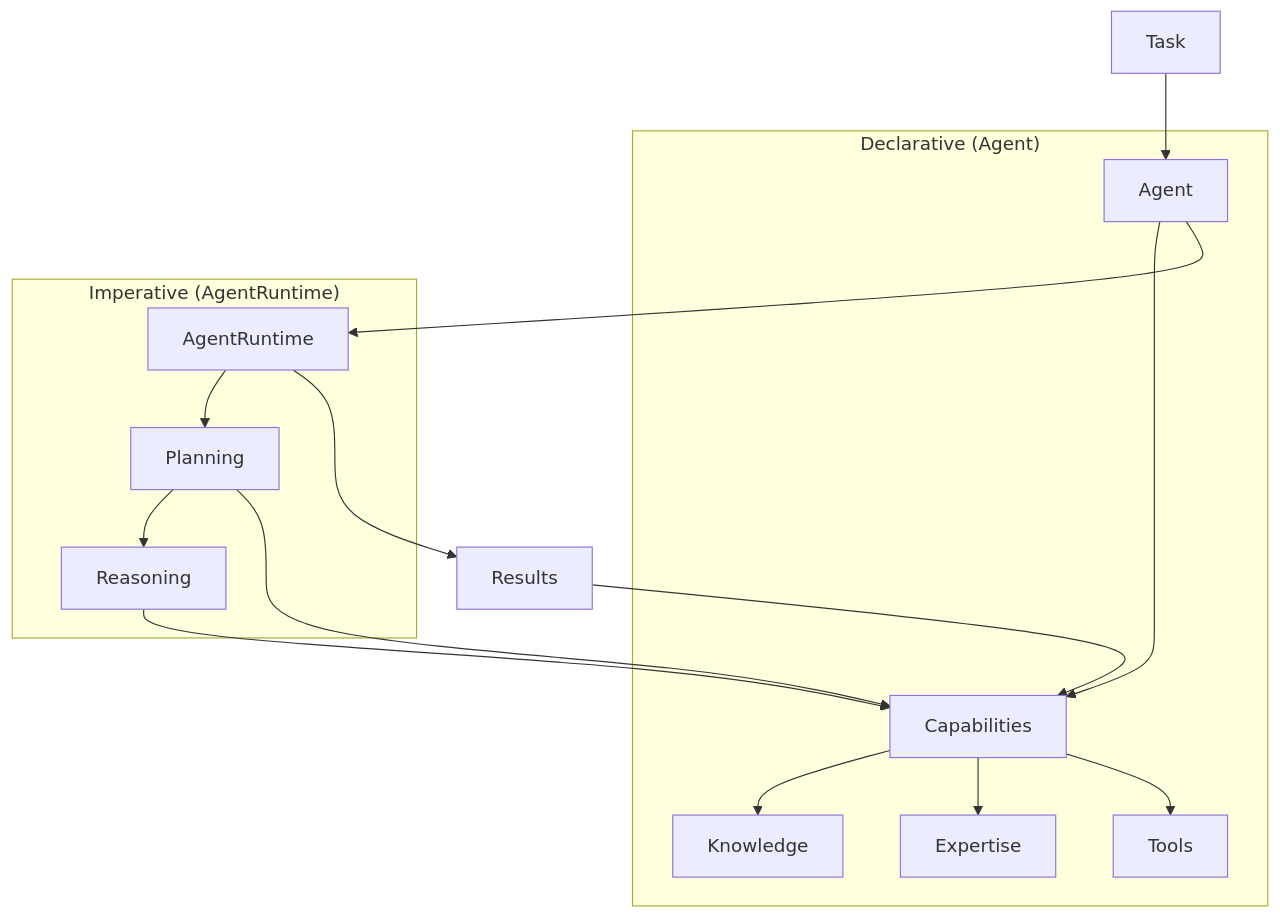
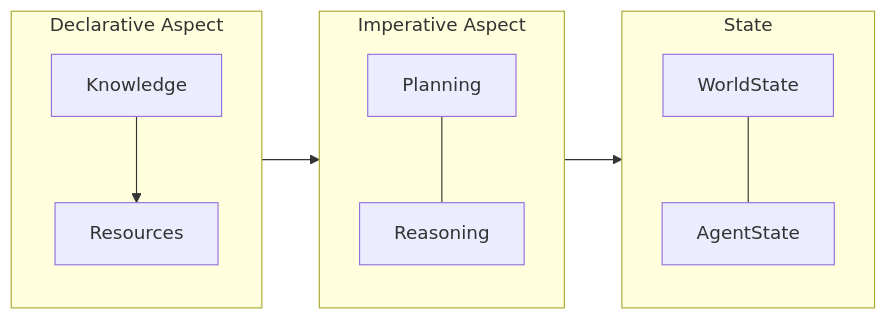
One commit to aitomatic/dana changed the first of 9 diagrams in opendxa/README.md. Above: the diagram before and after it, drawn with Mermaid. The commit also changed other lines of this file and 26 other files, not shown here.

First line of the commit message:
Refactor OpenDXA architecture and enhance documentation

````diff
--- a/opendxa/README.md
+++ b/opendxa/README.md
@@ -26,21 +31,23 @@
 ```mermaid
-graph TB
-    subgraph "Declarative (Agent)"
-        A[Agent] --> C[Capabilities]
-        C --> K[Knowledge]
-        C --> E[Expertise]
-        C --> T[Tools]
+graph LR
+    subgraph DA["Declarative Aspect"]
+        K[Knowledge]
+        R[Resources]
+        K --> R
     end
 
-    subgraph "Imperative (AgentRuntime)"
-        AR[AgentRuntime] --> P[Planning]
-        P --> R[Reasoning]
-        P --> C
-        R --> C
+    subgraph IA["Imperative Aspect"]
+        P[Planning]
+        RE[Reasoning]
+        P --- RE
     end
 
-    Task --> A
-    A --> AR
-    AR --> Results
-    Results --> C
+    subgraph S["State"]
+        WS[WorldState]
+        AS[AgentState]
+        WS --- AS
+    end
+
+    DA --> IA
+    IA --> S
 ```
````
